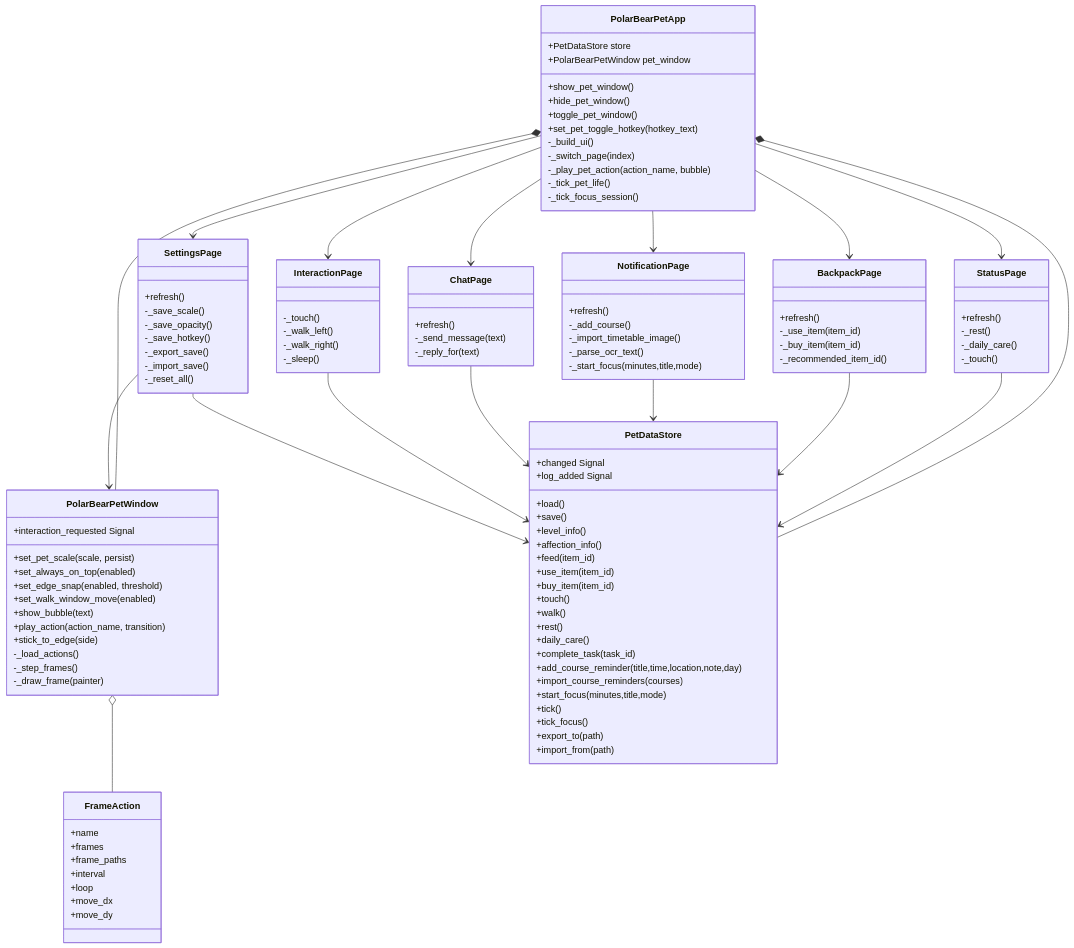
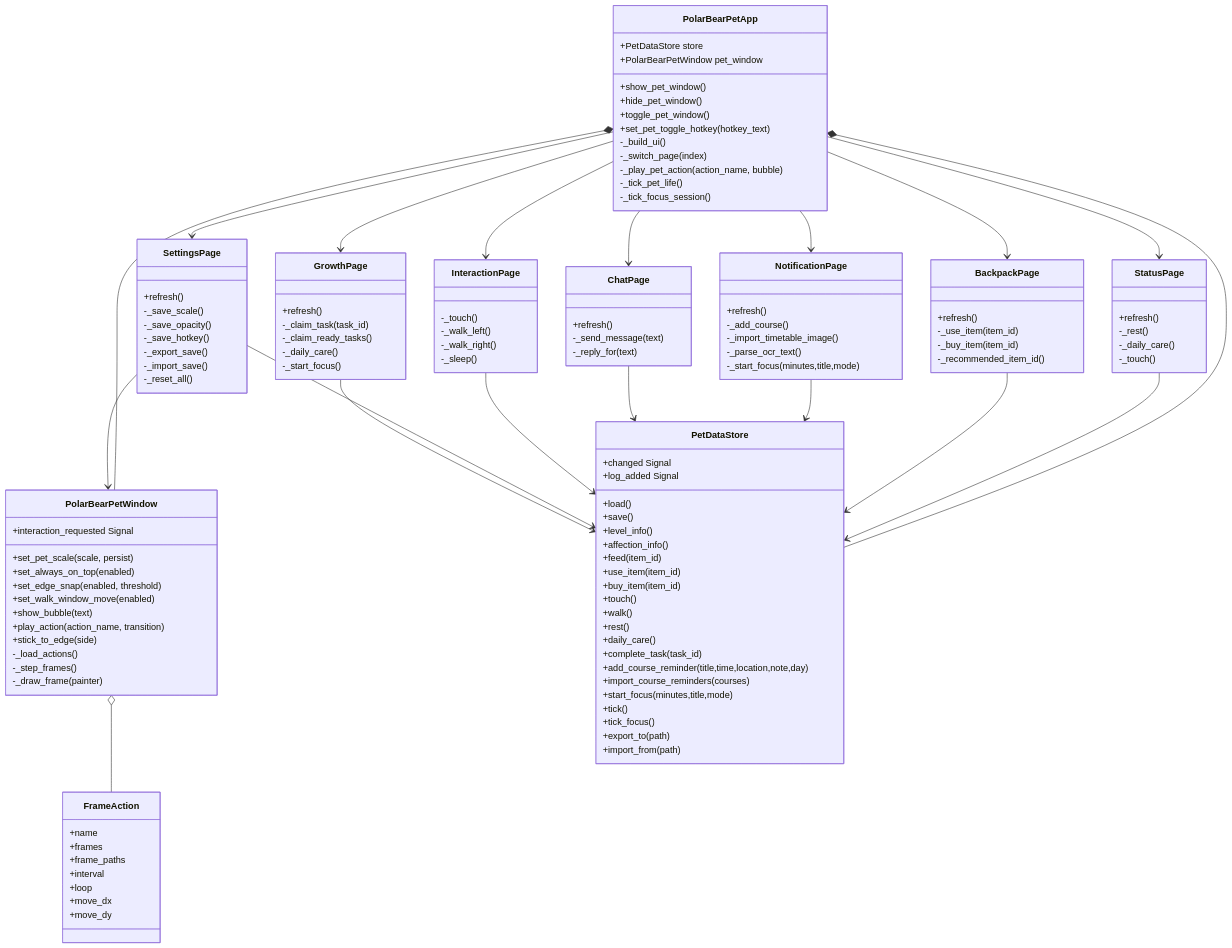
Before and after one commit to ToT147258/Arctic-Bear-Desktop-Pet: the third of 5 diagrams in docs/系统设计文档.md, drawn with Mermaid. The commit also changed other lines of this file and 2 other files, not shown here.

Commit message:
Add independent growth level page

````diff
--- a/docs/系统设计文档.md
+++ b/docs/系统设计文档.md
@@ -222,6 +234,14 @@
         -_touch()
     }
 
+    class GrowthPage {
+        +refresh()
+        -_claim_task(task_id)
+        -_claim_ready_tasks()
+        -_daily_care()
+        -_start_focus()
+    }
+
     class BackpackPage {
         +refresh()
         -_use_item(item_id)
@@ -264,6 +284,7 @@
     PolarBearPetApp *-- PolarBearPetWindow
     PolarBearPetWindow o-- FrameAction
     PolarBearPetApp --> StatusPage
+    PolarBearPetApp --> GrowthPage
     PolarBearPetApp --> BackpackPage
     PolarBearPetApp --> NotificationPage
     PolarBearPetApp --> ChatPage
@@ -275,5 +296,6 @@
     ChatPage --> PetDataStore
     InteractionPage --> PetDataStore
     SettingsPage --> PetDataStore
+    GrowthPage --> PetDataStore
     SettingsPage --> PolarBearPetWindow
 ```
````
